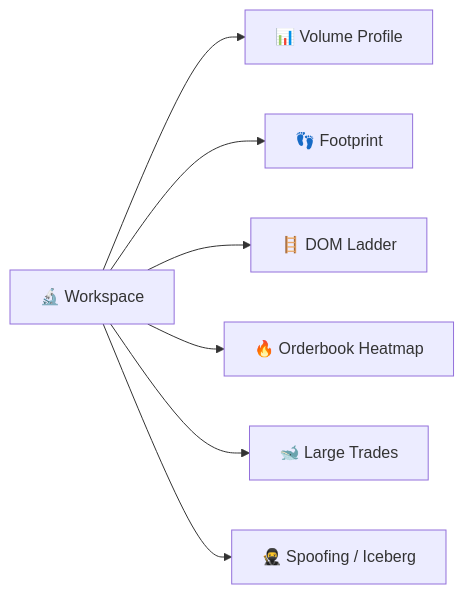
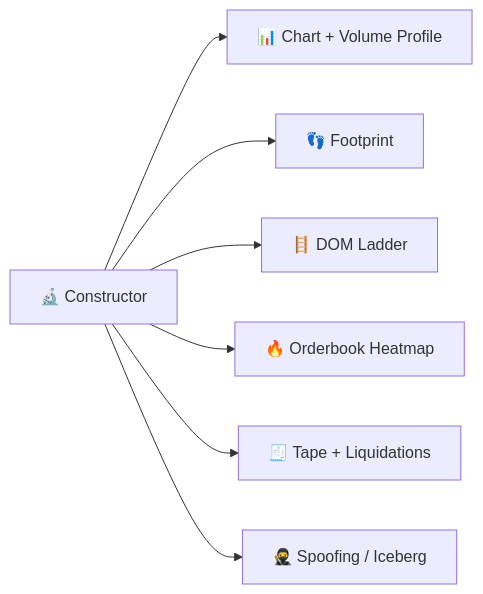
Before and after one commit to formionai/docs: the diagram in chart-pro.md, drawn with Mermaid. The commit also changed other lines of this file and 47 other files, not shown here.

````diff
--- a/chart-pro.md
+++ b/chart-pro.md
@@ -21,9 +21,9 @@
 ```mermaid
 flowchart LR
-  W["🔬 Workspace"] --> VP["📊 Volume Profile"]
+  W["🔬 Constructor"] --> VP["📊 Chart + Volume Profile"]
   W --> FP["👣 Footprint"]
   W --> DOM["🪜 DOM Ladder"]
   W --> OB["🔥 Orderbook Heatmap"]
-  W --> LT["🐋 Large Trades"]
+  W --> LT["🧾 Tape + Liquidations"]
   W --> SP["🥷 Spoofing / Iceberg"]
 ```
````
